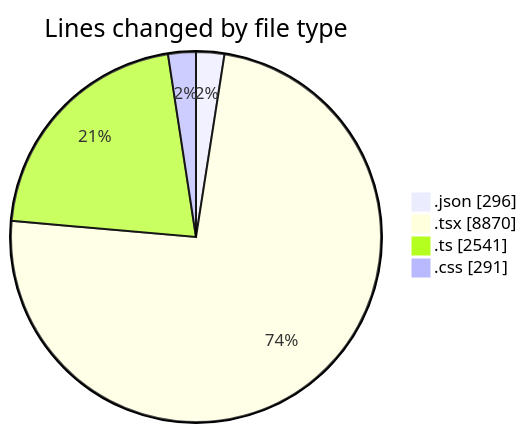
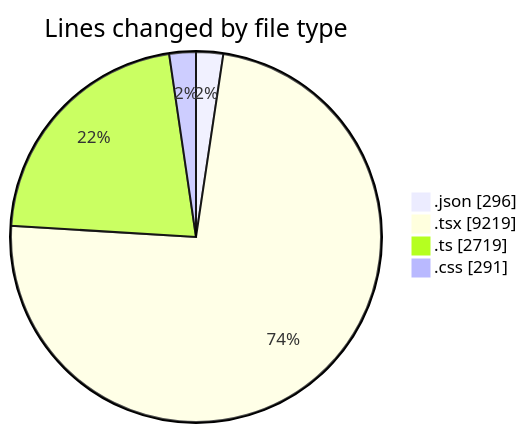
Before and after one commit to julien-gomy/code-tracking: the first of 2 diagrams in 2025-10-07/eventscop-frontend-guide__workspace_/README.md, drawn with Mermaid. The commit also changed other lines of this file and 1 other file, not shown here.

````diff
--- a/2025-10-07/eventscop-frontend-guide__workspace_/README.md
+++ b/2025-10-07/eventscop-frontend-guide__workspace_/README.md
@@ -82,8 +82,8 @@
 ```mermaid
 pie showData
 title Lines changed by file type
 ".json" : 296
-".tsx" : 8870
-".ts" : 2541
+".tsx" : 9219
+".ts" : 2719
 ".css" : 291
 ```
````
